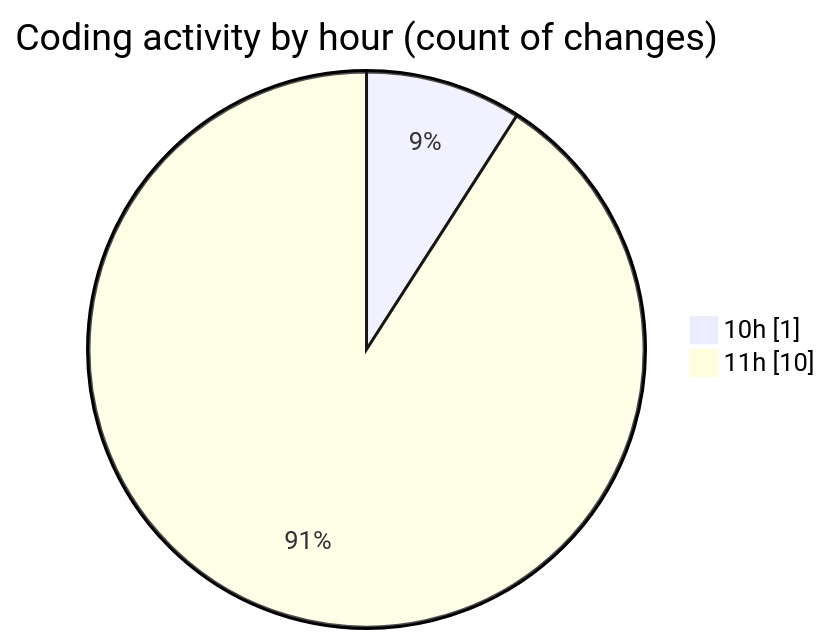
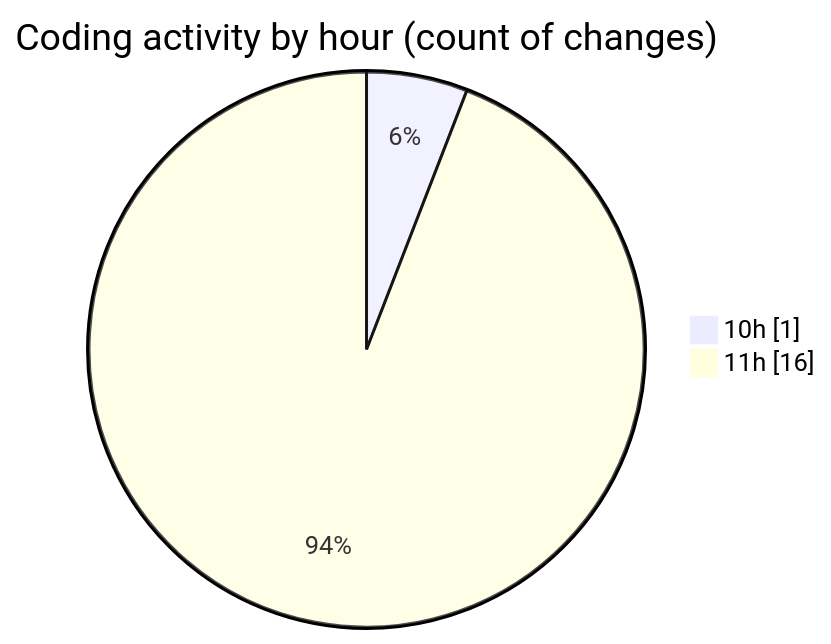
One commit to nxtqubesakshisongat/code-tracking changed the second of 2 diagrams in 2025-08-03/nxtqube_webapp/README.md. Above: the diagram before and after it, drawn with Mermaid. The commit also changed other lines of this file and 1 other file, not shown here.

````diff
--- a/2025-08-03/nxtqube_webapp/README.md
+++ b/2025-08-03/nxtqube_webapp/README.md
@@ -32,6 +33,6 @@
 ```mermaid
 pie showData
 title Coding activity by hour (count of changes)
 "10h" : 1
-"11h" : 10
+"11h" : 16
 ```
````
